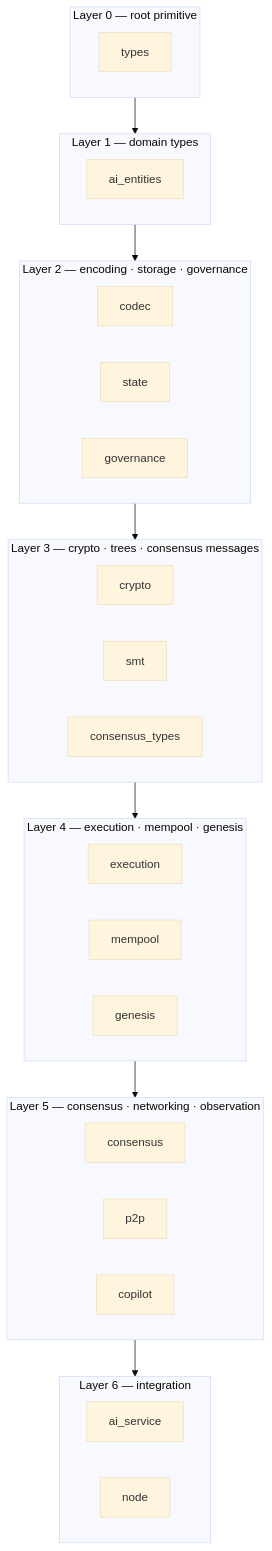
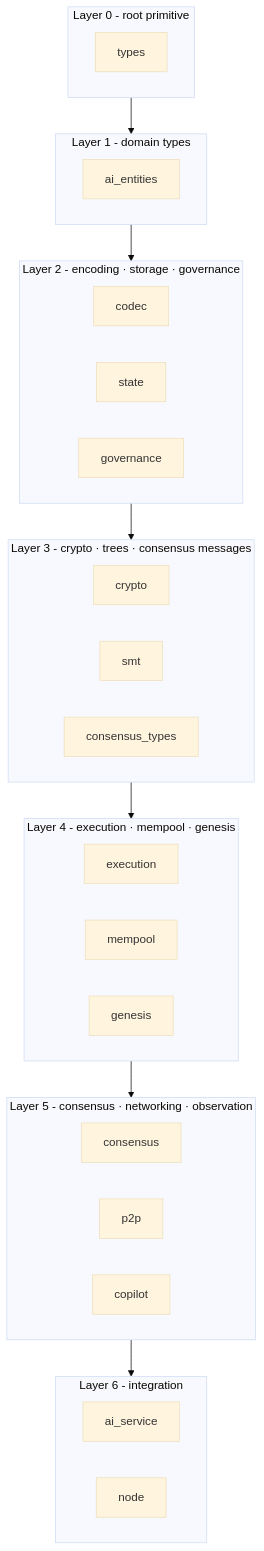
The first of 3 diagrams in docs/ARCHITECTURE.md (0x-devc/NOVAI-node), drawn with Mermaid (base theme) before and after one commit. The commit also changed other lines of this file and 2 other files, not shown here.

````diff
--- a/docs/ARCHITECTURE.md
+++ b/docs/ARCHITECTURE.md
@@ -25,40 +25,40 @@
 ```mermaid
 graph TD
-  subgraph L0["Layer 0 — root primitive"]
+  subgraph L0["Layer 0 - root primitive"]
     types
   end
-  subgraph L1["Layer 1 — domain types"]
+  subgraph L1["Layer 1 - domain types"]
     ai_entities
   end
-  subgraph L2["Layer 2 — encoding · storage · governance"]
+  subgraph L2["Layer 2 - encoding · storage · governance"]
     codec
     state
     governance
   end
-  subgraph L3["Layer 3 — crypto · trees · consensus messages"]
+  subgraph L3["Layer 3 - crypto · trees · consensus messages"]
     crypto
     smt
     consensus_types
   end
-  subgraph L4["Layer 4 — execution · mempool · genesis"]
+  subgraph L4["Layer 4 - execution · mempool · genesis"]
     execution
     mempool
     genesis
   end
-  subgraph L5["Layer 5 — consensus · networking · observation"]
+  subgraph L5["Layer 5 - consensus · networking · observation"]
     consensus
     p2p
     copilot
   end
-  subgraph L6["Layer 6 — integration"]
+  subgraph L6["Layer 6 - integration"]
     ai_service
     node
   end
 
   L0 --> L1
   L1 --> L2
   L2 --> L3
   L3 --> L4
   L4 --> L5
   L5 --> L6
 ```
````
